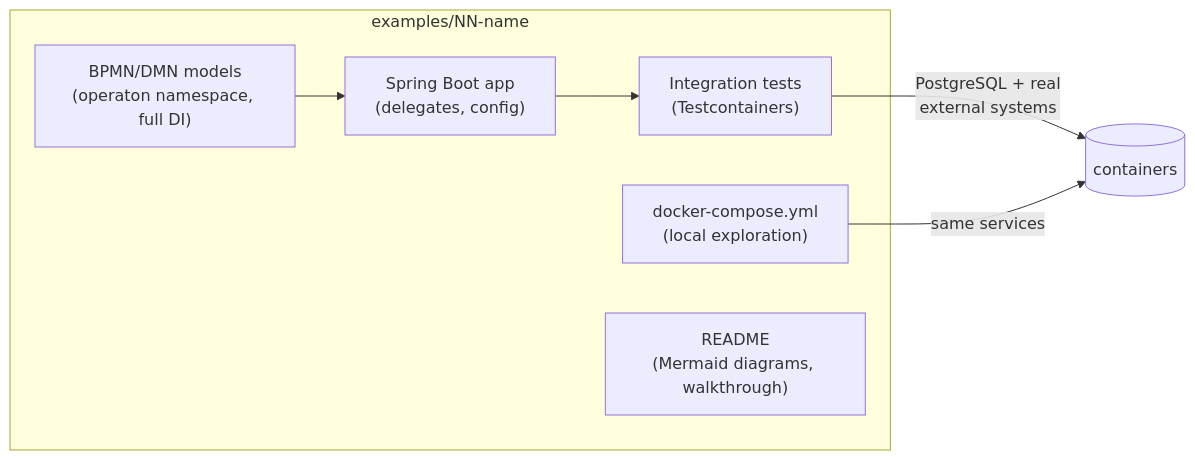
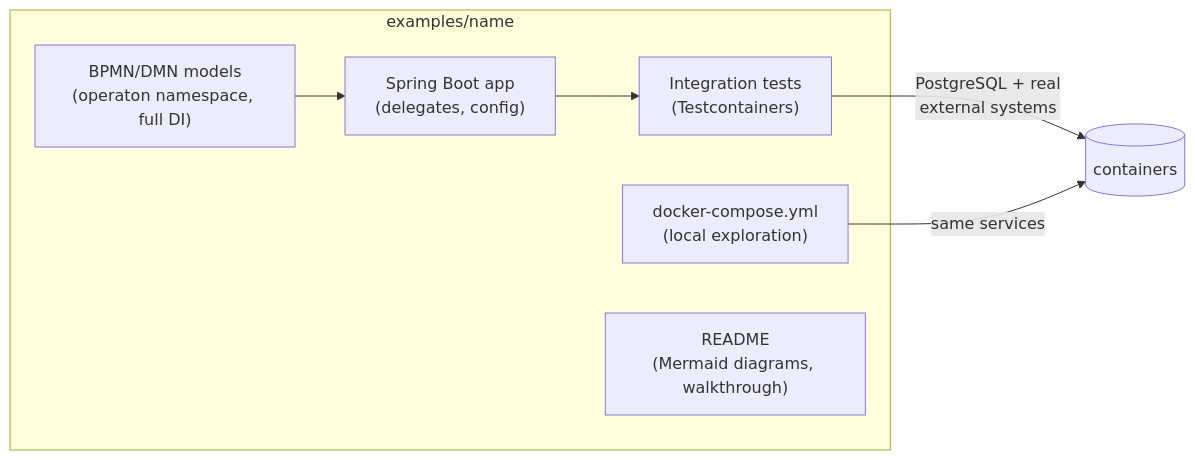
The diagram in README.md (operaton/operaton-examples), drawn with Mermaid before and after one commit. The commit also changed other lines of this file and 757 other files, not shown here.

````diff
--- a/README.md
+++ b/README.md
@@ -76,14 +89,14 @@
 ```mermaid
 flowchart LR
-    subgraph example [examples/NN-name]
+    subgraph example [examples/name]
         BPMN["BPMN/DMN models<br/>(operaton namespace, full DI)"]
         APP["Spring Boot app<br/>(delegates, config)"]
         IT["Integration tests<br/>(Testcontainers)"]
         DC["docker-compose.yml<br/>(local exploration)"]
         RM["README<br/>(Mermaid diagrams, walkthrough)"]
     end
     BPMN --> APP
     APP --> IT
     IT -->|"PostgreSQL + real<br/>external systems"| TC[(containers)]
     DC -->|same services| TC
 ```
````
